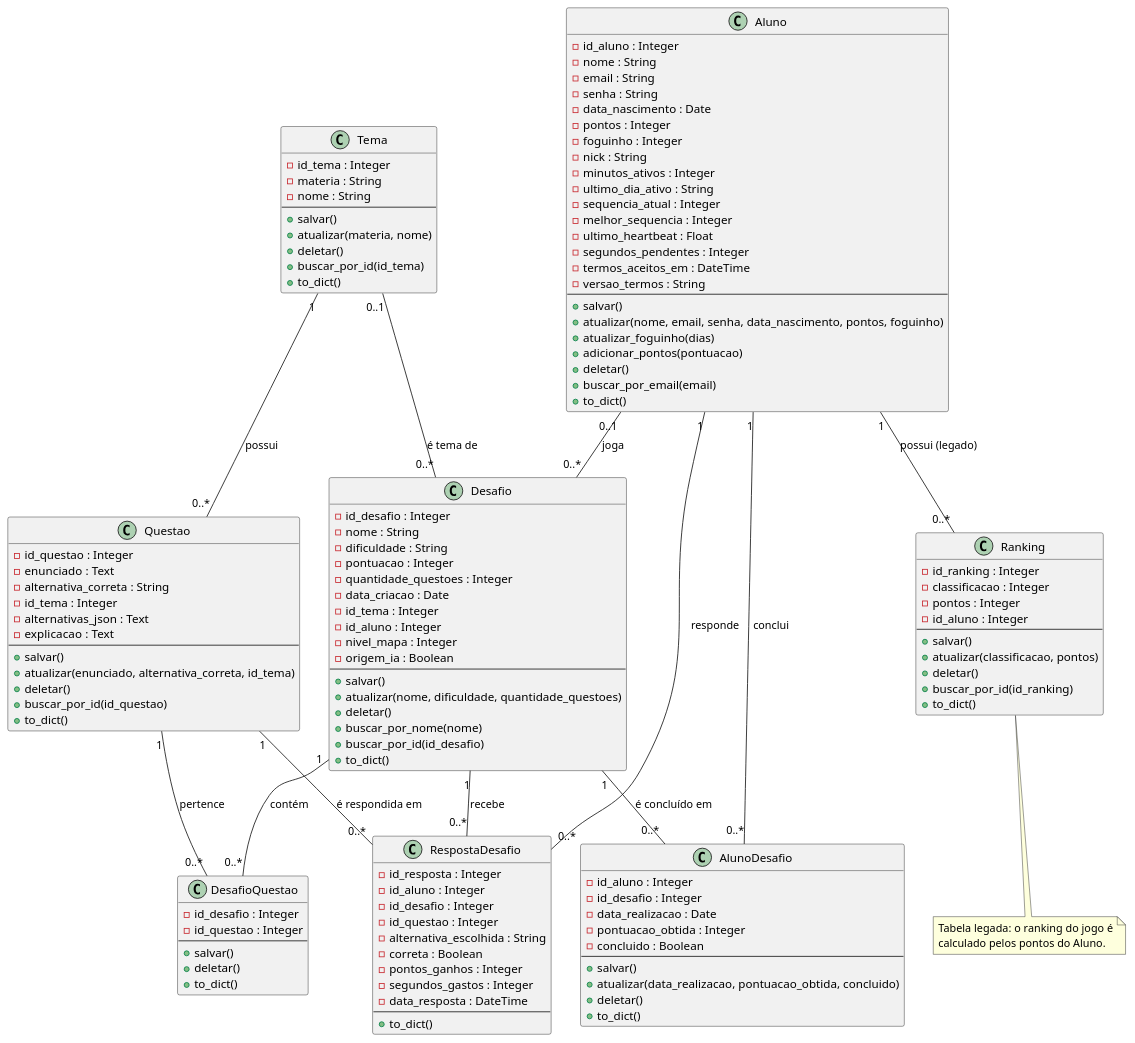
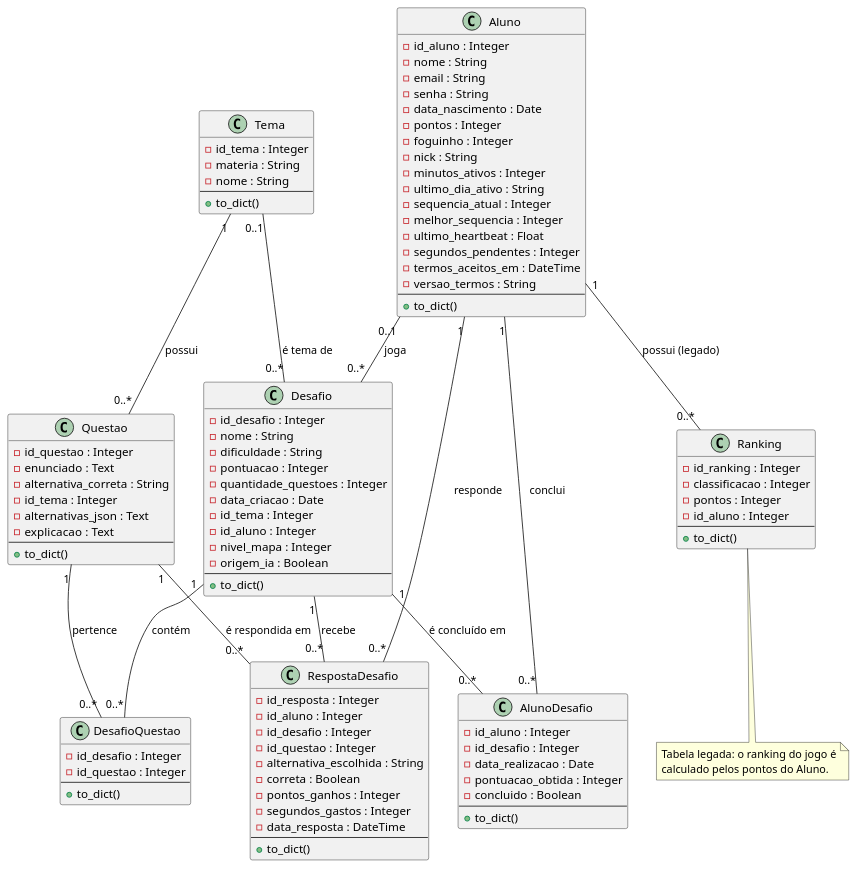
One commit to Alvaro3105/Explainer changed the diagram in docs/diagrama_classes.puml. Above: the diagram before and after it, drawn with PlantUML. The commit also changed 6 other files, not shown here.

Commit message:
Diagramas atualizados e apresentação final

```diff
--- a/docs/diagrama_classes.puml
+++ b/docs/diagrama_classes.puml
@@ -1,144 +1,115 @@
 @startuml
-' Gerado a partir de backend/models — reflete o código atual do ExplAIner.
 hide empty members
 
 class Aluno {
   - id_aluno : Integer
   - nome : String
   - email : String
   - senha : String
   - data_nascimento : Date
   - pontos : Integer
   - foguinho : Integer
   - nick : String
   - minutos_ativos : Integer
   - ultimo_dia_ativo : String
   - sequencia_atual : Integer
   - melhor_sequencia : Integer
   - ultimo_heartbeat : Float
   - segundos_pendentes : Integer
   - termos_aceitos_em : DateTime
   - versao_termos : String
   --
-  + salvar()
-  + atualizar(nome, email, senha, data_nascimento, pontos, foguinho)
-  + atualizar_foguinho(dias)
-  + adicionar_pontos(pontuacao)
-  + deletar()
-  + buscar_por_email(email)
   + to_dict()
 }
 
 class Tema {
   - id_tema : Integer
   - materia : String
   - nome : String
   --
-  + salvar()
-  + atualizar(materia, nome)
-  + deletar()
-  + buscar_por_id(id_tema)
   + to_dict()
 }
 
 class Questao {
   - id_questao : Integer
   - enunciado : Text
   - alternativa_correta : String
   - id_tema : Integer
   - alternativas_json : Text
   - explicacao : Text
   --
-  + salvar()
-  + atualizar(enunciado, alternativa_correta, id_tema)
-  + deletar()
-  + buscar_por_id(id_questao)
   + to_dict()
 }
 
 class Desafio {
   - id_desafio : Integer
   - nome : String
   - dificuldade : String
   - pontuacao : Integer
   - quantidade_questoes : Integer
   - data_criacao : Date
   - id_tema : Integer
   - id_aluno : Integer
   - nivel_mapa : Integer
   - origem_ia : Boolean
   --
-  + salvar()
-  + atualizar(nome, dificuldade, quantidade_questoes)
-  + deletar()
-  + buscar_por_nome(nome)
-  + buscar_por_id(id_desafio)
   + to_dict()
 }
 
 class DesafioQuestao {
   - id_desafio : Integer
   - id_questao : Integer
   --
-  + salvar()
-  + deletar()
   + to_dict()
 }
 
 class AlunoDesafio {
   - id_aluno : Integer
   - id_desafio : Integer
   - data_realizacao : Date
   - pontuacao_obtida : Integer
   - concluido : Boolean
   --
-  + salvar()
-  + atualizar(data_realizacao, pontuacao_obtida, concluido)
-  + deletar()
   + to_dict()
 }
 
 class RespostaDesafio {
   - id_resposta : Integer
   - id_aluno : Integer
   - id_desafio : Integer
   - id_questao : Integer
   - alternativa_escolhida : String
   - correta : Boolean
   - pontos_ganhos : Integer
   - segundos_gastos : Integer
   - data_resposta : DateTime
   --
   + to_dict()
 }
 
 class Ranking {
   - id_ranking : Integer
   - classificacao : Integer
   - pontos : Integer
   - id_aluno : Integer
   --
-  + salvar()
-  + atualizar(classificacao, pontos)
-  + deletar()
-  + buscar_por_id(id_ranking)
   + to_dict()
 }
 
 Tema "1" -- "0..*" Questao : possui
 Tema "0..1" -- "0..*" Desafio : é tema de
 Aluno "0..1" -- "0..*" Desafio : joga
 Desafio "1" -- "0..*" DesafioQuestao : contém
 Questao "1" -- "0..*" DesafioQuestao : pertence
 Aluno "1" -- "0..*" AlunoDesafio : conclui
 Desafio "1" -- "0..*" AlunoDesafio : é concluído em
 Aluno "1" -- "0..*" RespostaDesafio : responde
 Desafio "1" -- "0..*" RespostaDesafio : recebe
 Questao "1" -- "0..*" RespostaDesafio : é respondida em
 Aluno "1" -- "0..*" Ranking : possui (legado)
 
 note bottom of Ranking
   Tabela legada: o ranking do jogo é
   calculado pelos pontos do Aluno.
 end note
 @enduml
```
